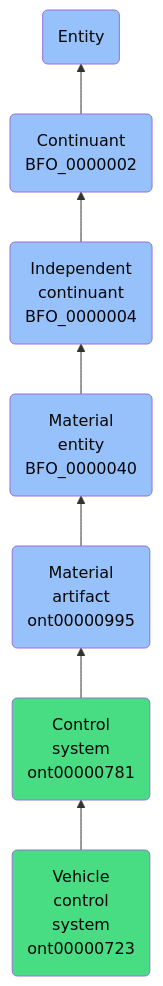
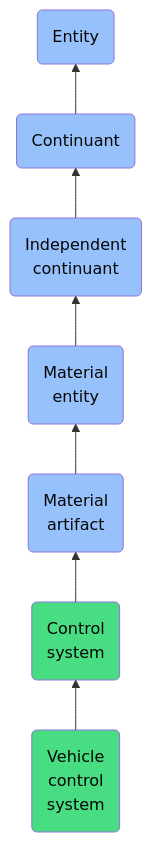
One commit to jupyter-naas/abi changed the diagram in docs/ontology/reference/model/Entity/Continuant/Independent continuant/Material entity/Material artifact/Control system/Vehicle control system/Vehicle control system.md. Above: the diagram before and after it, drawn with Mermaid. The commit also changed other lines of this file and 1430 other files, not shown here.

````diff
--- a/docs/ontology/reference/model/Entity/Continuant/Independent continuant/Material entity/Material artifact/Control system/Vehicle control system/Vehicle control system.md
+++ b/docs/ontology/reference/model/Entity/Continuant/Independent continuant/Material entity/Material artifact/Control system/Vehicle control system/Vehicle control system.md
@@ -24,14 +24,14 @@
 ```mermaid
 graph BT
-    ont00000723(Vehicle<br>control<br>system<br>ont00000723):::ABI-->ont00000781
-    ont00000781(Control<br>system<br>ont00000781):::ABI-->ont00000995
-    ont00000995(Material<br>artifact<br>ont00000995):::BFO-->BFO_0000040
-    BFO_0000040(Material<br>entity<br>BFO_0000040):::BFO-->BFO_0000004
-    BFO_0000004(Independent<br>continuant<br>BFO_0000004):::BFO-->BFO_0000002
-    BFO_0000002(Continuant<br>BFO_0000002):::BFO-->BFO_0000001
+    ont00000723(Vehicle<br>control<br>system):::ABI-->ont00000781
+    ont00000781(Control<br>system):::ABI-->ont00000995
+    ont00000995(Material<br>artifact):::BFO-->BFO_0000040
+    BFO_0000040(Material<br>entity):::BFO-->BFO_0000004
+    BFO_0000004(Independent<br>continuant):::BFO-->BFO_0000002
+    BFO_0000002(Continuant):::BFO-->BFO_0000001
     BFO_0000001(Entity):::BFO
     
     classDef BFO fill:#97c1fb,color:#060606
     classDef CCO fill:#e4c51e,color:#060606
     classDef ABI fill:#48DD82,color:#060606
 ```
````
